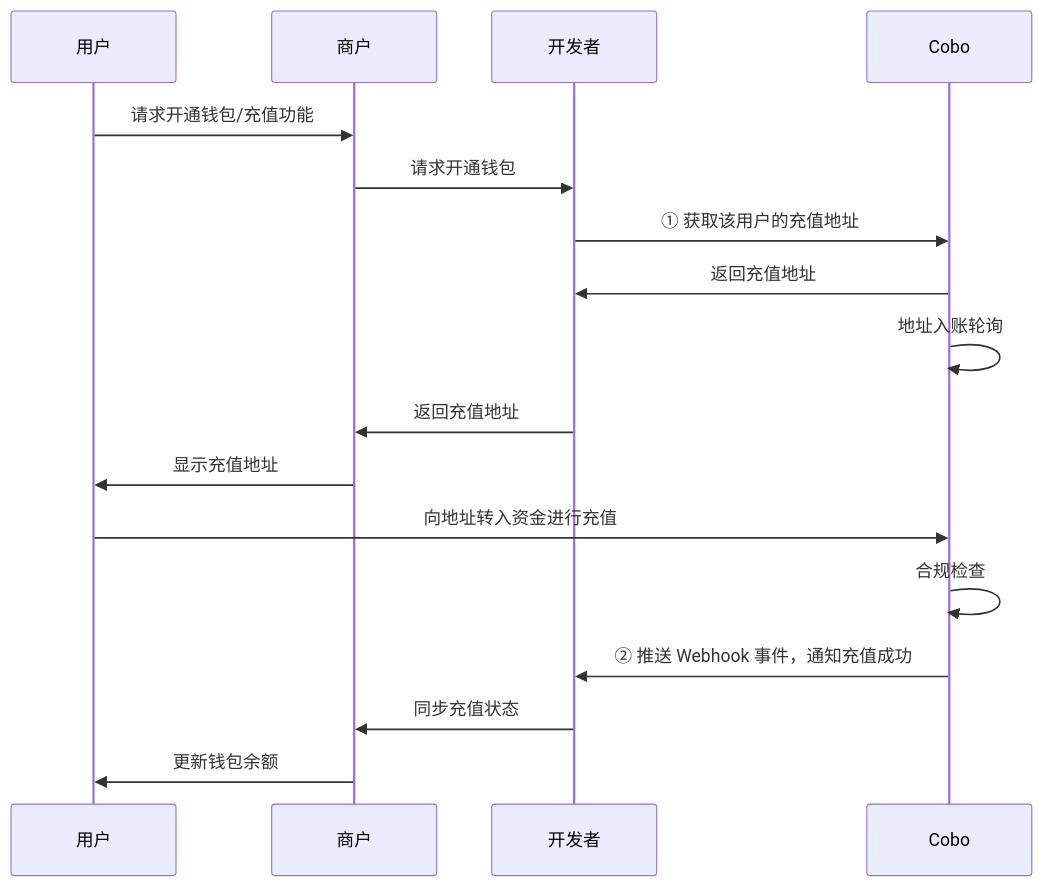
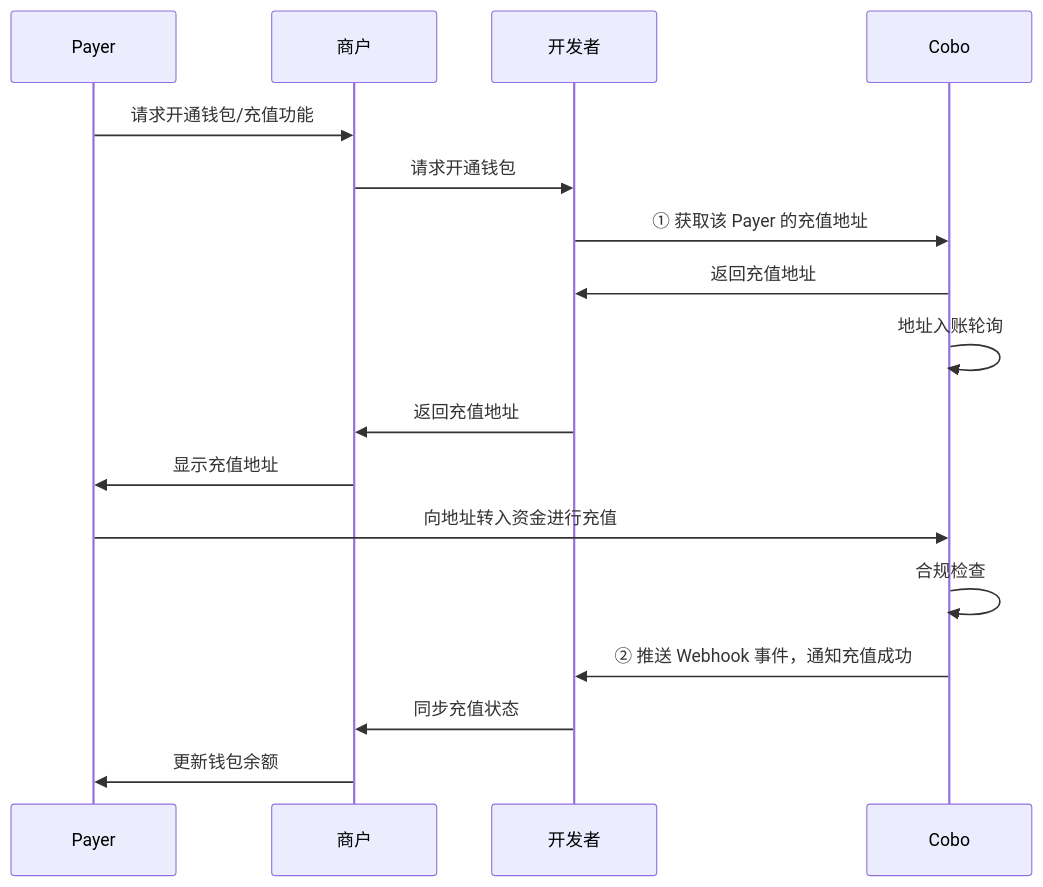
Before and after one commit to rcsh1/developer-site: the diagram in v2_cn/payments/get-topup-addresses.mdx, drawn with Mermaid. The commit also changed other lines of this file and 18 other files, not shown here.

````diff
--- a/v2_cn/payments/get-topup-addresses.mdx
+++ b/v2_cn/payments/get-topup-addresses.mdx
@@ -9,19 +9,19 @@
 ```mermaid
 sequenceDiagram
-    participant 用户
+    participant Payer
     participant 商户
     participant 开发者
     participant Cobo
-    用户 ->> 商户: 请求开通钱包/充值功能
+    Payer ->> 商户: 请求开通钱包/充值功能
     商户 ->> 开发者: 请求开通钱包
-    开发者 ->> Cobo: ① 获取该用户的充值地址
+    开发者 ->> Cobo: ① 获取该 Payer 的充值地址
     Cobo ->> 开发者: 返回充值地址
     Cobo ->> Cobo: 地址入账轮询
     开发者 ->> 商户: 返回充值地址
-    商户 ->> 用户: 显示充值地址
-    用户 ->> Cobo: 向地址转入资金进行充值
+    商户 ->> Payer: 显示充值地址
+    Payer ->> Cobo: 向地址转入资金进行充值
     Cobo ->> Cobo: 合规检查
     Cobo ->> 开发者: ② 推送 Webhook 事件，通知充值成功
     开发者 ->> 商户: 同步充值状态
-    商户 ->> 用户: 更新钱包余额
+    商户 ->> Payer: 更新钱包余额
 ```
````
